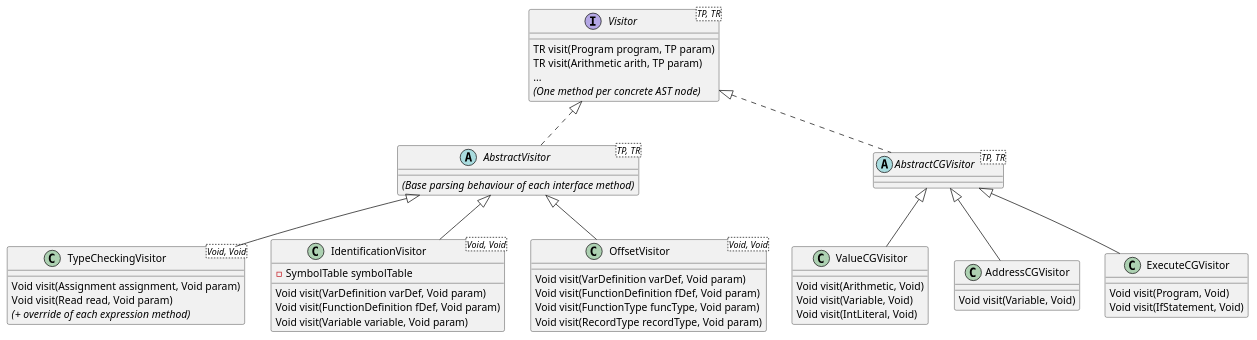
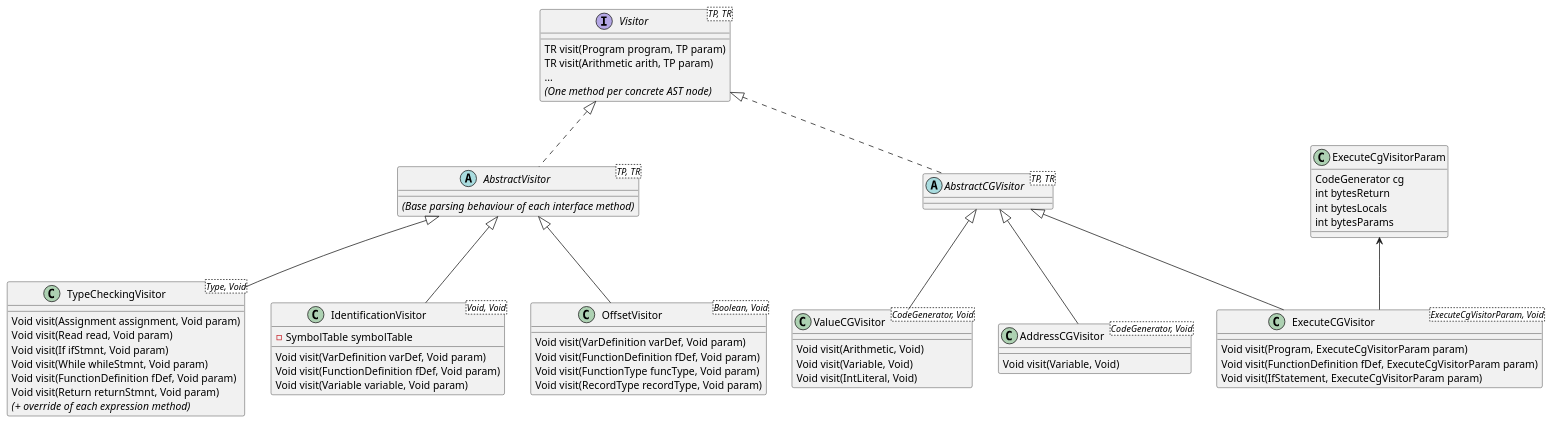
Before and after one commit to InigoGutierrez/CmmCompiler: the diagram in diagrams/visitors.pu, drawn with PlantUML. The commit also changed 15 other files, not shown here.

```diff
--- a/diagrams/visitors.pu
+++ b/diagrams/visitors.pu
@@ -1,73 +1,89 @@
 @startuml
 
 interface Visitor<TP, TR>
 
 abstract AbstractVisitor<TP, TR>
-class TypeCheckingVisitor<Void, Void>
+class TypeCheckingVisitor<Type, Void>
 class IdentificationVisitor<Void, Void>
-class OffsetVisitor<Void, Void>
+class OffsetVisitor<Boolean, Void>
 
 abstract AbstractCGVisitor<TP, TR>
-class ValueCGVisitor /'(expressions)'/
-class AddressCGVisitor /'(variables)'/
-class ExecuteCGVisitor /'(statements)'/
+class ValueCGVisitor<CodeGenerator, Void> /'(expressions)'/
+class AddressCGVisitor<CodeGenerator, Void> /'(variables)'/
+class ExecuteCGVisitor<ExecuteCgVisitorParam, Void> /'(statements)'/
+
+class ExecuteCgVisitorParam
 
 interface Visitor {
     TR visit(Program program, TP param)
     TR visit(Arithmetic arith, TP param)
     {method} ...
     {abstract} (One method per concrete AST node)
 }
 
 abstract AbstractVisitor {
     {abstract} (Base parsing behaviour of each interface method)
 }
 
 class TypeCheckingVisitor {
     Void visit(Assignment assignment, Void param)
     Void visit(Read read, Void param)
+    Void visit(If ifStmnt, Void param)
+    Void visit(While whileStmnt, Void param)
+    Void visit(FunctionDefinition fDef, Void param)
+    Void visit(Return returnStmnt, Void param)
     {abstract} (+ override of each expression method)
 }
 
 class IdentificationVisitor {
     - SymbolTable symbolTable
     Void visit(VarDefinition varDef, Void param)
     Void visit(FunctionDefinition fDef, Void param)
     Void visit(Variable variable, Void param)
 }
 
 class OffsetVisitor {
     Void visit(VarDefinition varDef, Void param)
     Void visit(FunctionDefinition fDef, Void param)
     Void visit(FunctionType funcType, Void param)
     Void visit(RecordType recordType, Void param)
 }
 
 class ValueCGVisitor {
     Void visit(Arithmetic, Void)
     Void visit(Variable, Void)
     Void visit(IntLiteral, Void)
 }
 
 class ExecuteCGVisitor {
-    Void visit(Program, Void)
-    Void visit(IfStatement, Void)
+    Void visit(Program, ExecuteCgVisitorParam param)
+    Void visit(FunctionDefinition fDef, ExecuteCgVisitorParam param)
+    Void visit(IfStatement, ExecuteCgVisitorParam param)
+}
+
+class ExecuteCgVisitorParam {
+    CodeGenerator cg
+    int bytesReturn
+    int bytesLocals
+    int bytesParams
 }
 
 class AddressCGVisitor {
     Void visit(Variable, Void)
 }
 
 Visitor <|.. AbstractVisitor
 
 AbstractVisitor <|-- TypeCheckingVisitor
 AbstractVisitor <|-- IdentificationVisitor
 AbstractVisitor <|-- OffsetVisitor
 
 Visitor <|.. AbstractCGVisitor
 
 AbstractCGVisitor <|-- ValueCGVisitor
 AbstractCGVisitor <|-- AddressCGVisitor
 AbstractCGVisitor <|-- ExecuteCGVisitor
 
+ExecuteCgVisitorParam <-- ExecuteCGVisitor
+
 @enduml
```
